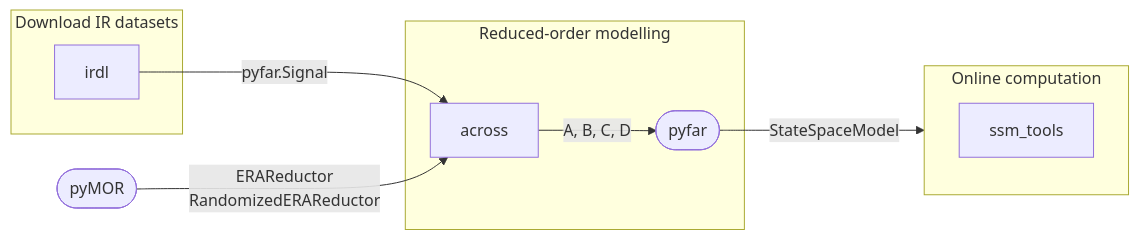
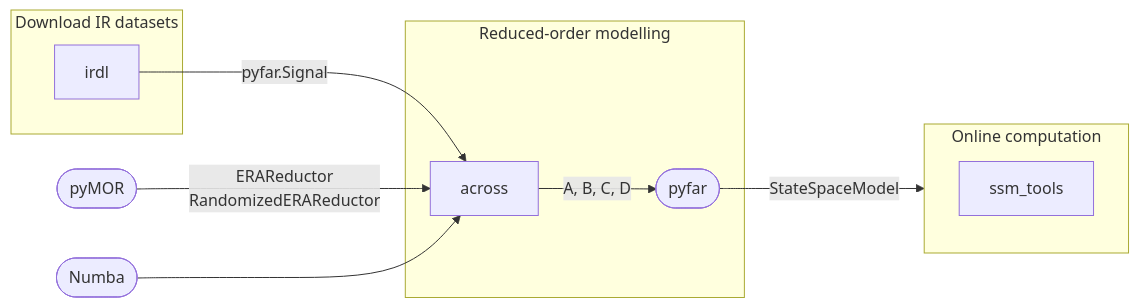
One commit to artpelling/ssm-tools changed the diagram in README.md. Above: the diagram before and after it, drawn with Mermaid. The commit also changed other lines of this file, not shown here.

````diff
--- a/README.md
+++ b/README.md
@@ -17,29 +26,32 @@
 ```mermaid
 graph LR
     subgraph s1["Download IR datasets"]
         irdl["irdl"]
     end
 
     pymor([pyMOR])
+    numba([Numba])
 
     subgraph s2["Reduced-order modelling"]
         across["across"]
         pyfar([pyfar])
     end
 
     subgraph s3["Online computation"]
         direction TB
         ssm["ssm_tools"]
     end
 
     irdl -->|pyfar.Signal| across
     pymor -->|ERAReductor\nRandomizedERAReductor| across
+    numba --> across
     across -->|A, B, C, D| pyfar
     pyfar -->|StateSpaceModel| ssm
 
     click across "packages/across/README.md"
     click irdl "https://github.com/artpelling/irdl"
+    click numba "https://numba.pydata.org"
     click pyfar "https://pyfar.org"
     click pymor "https://pymor.org"
     click ssm "pyproject.toml"
 ```
````
